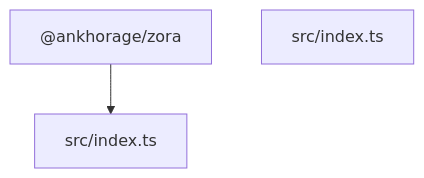
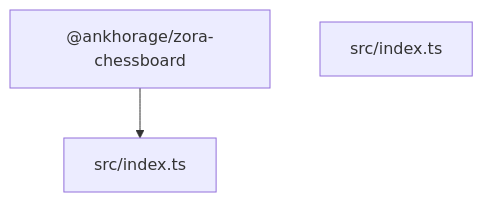
One commit to ankhorage/zora-chessboard changed the diagram in README.md. Above: the diagram before and after it, drawn with Mermaid. The commit also changed other lines of this file and 4 other files, not shown here.

````diff
--- a/README.md
+++ b/README.md
@@ -24,7 +24,7 @@
 ```mermaid
 graph TD
-  package__ankhorage_zora_chessboard["@ankhorage/zora"]
+  package__ankhorage_zora_chessboard["@ankhorage/zora-chessboard"]
   entrypoint_src_index_ts["src/index.ts"]
   package__ankhorage_zora_chessboard --> entrypoint_src_index_ts
   module_src_index_ts["src/index.ts"]
 ```
````
